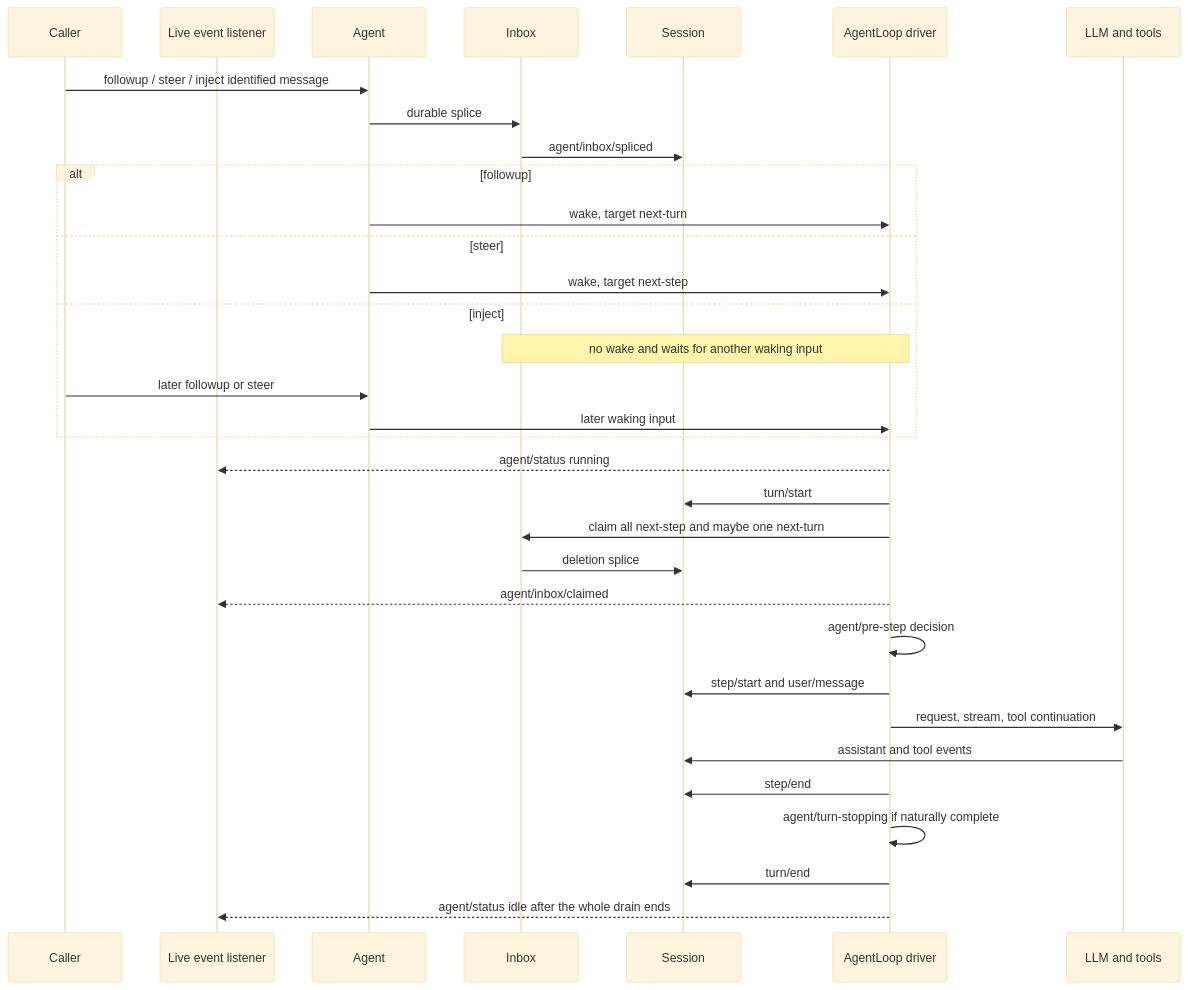
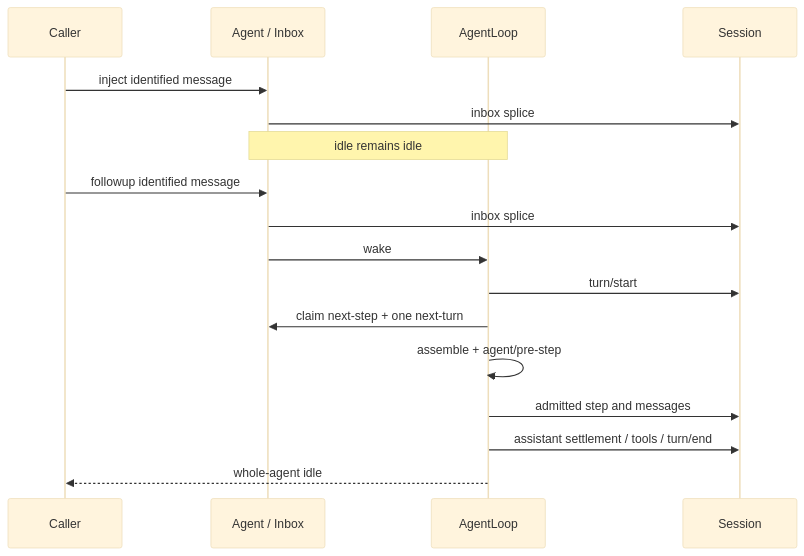
One commit to eriklee1895/hands-on-dsh changed the diagram in how-dsh-works/02-agent-inbox-and-loop.md. Above: the diagram before and after it, drawn with Mermaid (base theme). The commit also changed other lines of this file and 56 other files, not shown here.

````diff
--- a/how-dsh-works/02-agent-inbox-and-loop.md
+++ b/how-dsh-works/02-agent-inbox-and-loop.md
@@ -50,36 +35,19 @@
 ```mermaid
 sequenceDiagram
-    participant Caller
-    participant Observer as Live event listener
-    participant Agent
-    participant Inbox
-    participant Session
-    participant Driver as AgentLoop driver
-    participant Work as LLM and tools
-
-    Caller->>Agent: followup / steer / inject identified message
-    Agent->>Inbox: durable splice
-    Inbox->>Session: agent/inbox/spliced
-    alt followup
-        Agent->>Driver: wake, target next-turn
-    else steer
-        Agent->>Driver: wake, target next-step
-    else inject
-        Note over Inbox,Driver: no wake and waits for another waking input
-        Caller->>Agent: later followup or steer
-        Agent->>Driver: later waking input
-    end
-    Driver-->>Observer: agent/status running
-    Driver->>Session: turn/start
-    Driver->>Inbox: claim all next-step and maybe one next-turn
-    Inbox->>Session: deletion splice
-    Driver-->>Observer: agent/inbox/claimed
-    Driver->>Driver: agent/pre-step decision
-    Driver->>Session: step/start and user/message
-    Driver->>Work: request, stream, tool continuation
-    Work->>Session: assistant and tool events
-    Driver->>Session: step/end
-    Driver->>Driver: agent/turn-stopping if naturally complete
-    Driver->>Session: turn/end
-    Driver-->>Observer: agent/status idle after the whole drain ends
+    participant C as Caller
+    participant A as Agent / Inbox
+    participant L as AgentLoop
+    participant S as Session
+    C->>A: inject identified message
+    A->>S: inbox splice
+    Note over A,L: idle remains idle
+    C->>A: followup identified message
+    A->>S: inbox splice
+    A->>L: wake
+    L->>S: turn/start
+    L->>A: claim next-step + one next-turn
+    L->>L: assemble + agent/pre-step
+    L->>S: admitted step and messages
+    L->>S: assistant settlement / tools / turn/end
+    L-->>C: whole-agent idle
 ```
````
